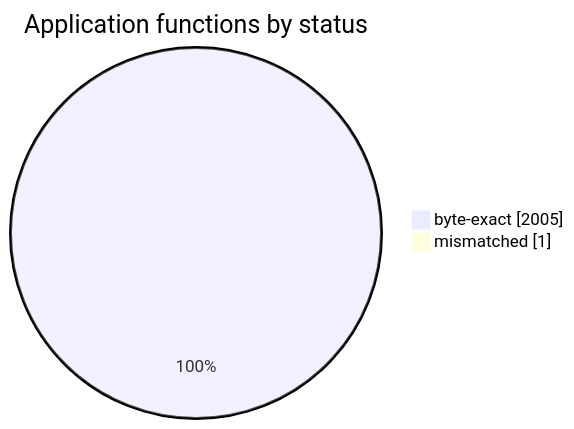
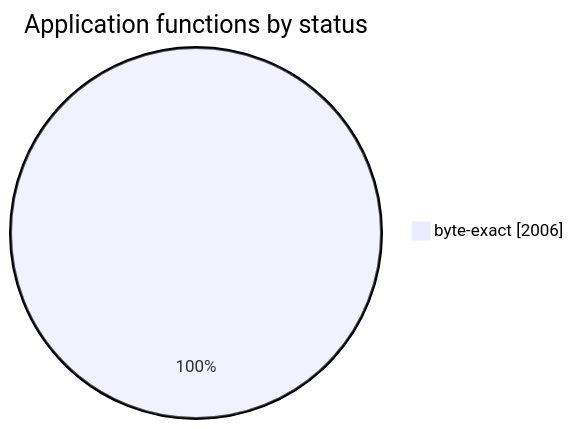
The diagram in README.md (sorokya/eos), drawn with Mermaid before and after one commit. The commit also changed other lines of this file and 1 other file, not shown here.

First line of the commit message:
Party_ShareExp: loop 2 is a do/while; the image is now byte-identical

````diff
--- a/README.md
+++ b/README.md
@@ -154,6 +154,5 @@
 ```mermaid
 pie showData
     title Application functions by status
-    "byte-exact" : 2005
-    "mismatched" : 1
+    "byte-exact" : 2006
 ```
````
